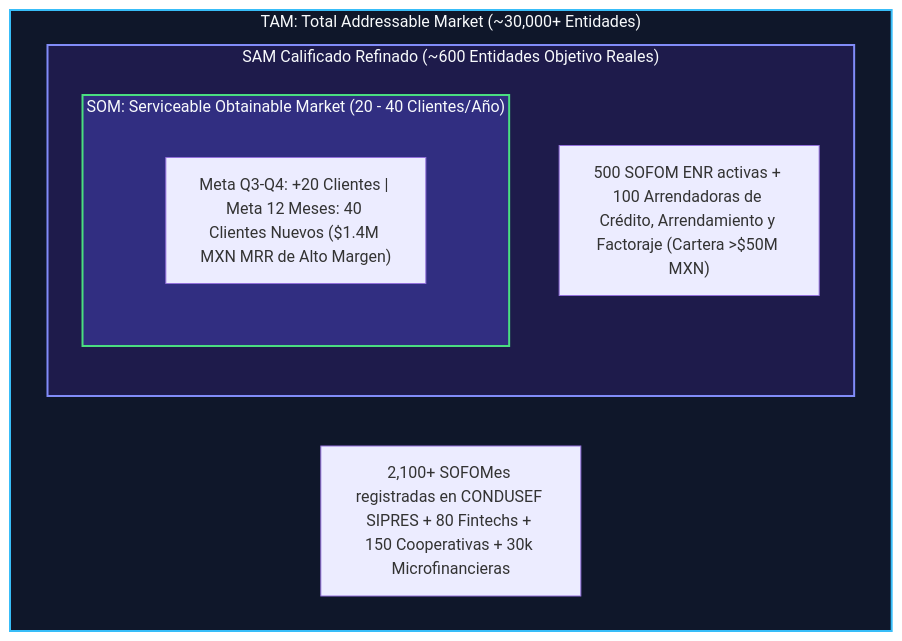
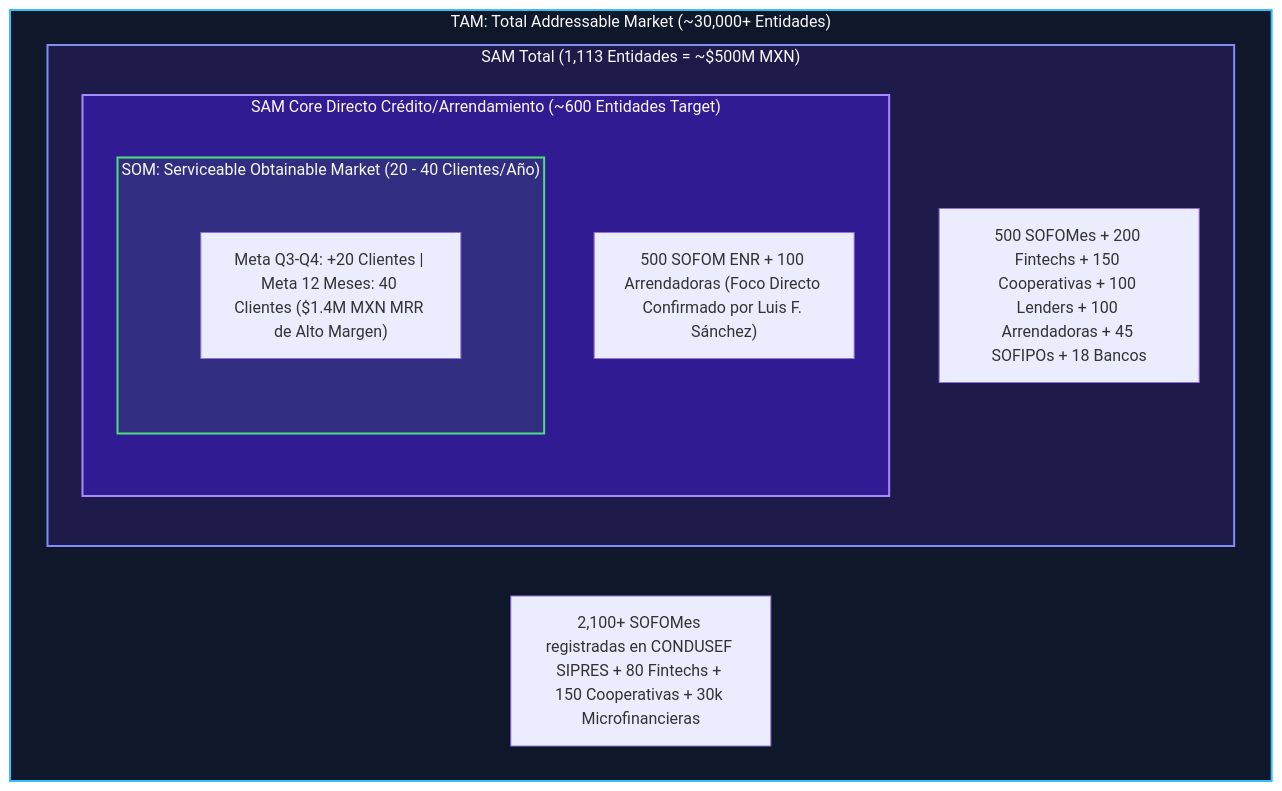
One commit to agutierrez11/intelligential.tech changed the diagram in BUSINESS_CASE_INTELLIGENTIAL.md. Above: the diagram before and after it, drawn with Mermaid. The commit also changed other lines of this file, not shown here.

Commit message:
feat(sam): restore complete business case sections and add full SAM market breakdown table matching  MXN industry slide

````diff
--- a/BUSINESS_CASE_INTELLIGENTIAL.md
+++ b/BUSINESS_CASE_INTELLIGENTIAL.md
@@ -61,17 +134,22 @@
 ```mermaid
 graph TD
     subgraph TAM ["TAM: Total Addressable Market (~30,000+ Entidades)"]
         style TAM fill:#0F172A,stroke:#38BDF8,stroke-width:2px,color:#F8FAFC
         TAM_DESC["2,100+ SOFOMes registradas en CONDUSEF SIPRES + 80 Fintechs + 150 Cooperativas + 30k Microfinancieras"]
         
-        subgraph SAM ["SAM Calificado Refinado (~600 Entidades Objetivo Reales)"]
+        subgraph SAM ["SAM Total (1,113 Entidades = ~$500M MXN)"]
             style SAM fill:#1E1B4B,stroke:#818CF8,stroke-width:2px,color:#F8FAFC
-            SAM_DESC["500 SOFOM ENR activas + 100 Arrendadoras de Crédito, Arrendamiento y Factoraje (Cartera >$50M MXN)"]
+            SAM_DESC["500 SOFOMes + 200 Fintechs + 150 Cooperativas + 100 Lenders + 100 Arrendadoras + 45 SOFIPOs + 18 Bancos"]
             
-            subgraph SOM ["SOM: Serviceable Obtainable Market (20 - 40 Clientes/Año)"]
-                style SOM fill:#312E81,stroke:#4ADE80,stroke-width:2px,color:#F8FAFC
-                SOM_DESC["Meta Q3-Q4: +20 Clientes | Meta 12 Meses: 40 Clientes Nuevos ($1.4M MXN MRR de Alto Margen)"]
+            subgraph SAM_CORE ["SAM Core Directo Crédito/Arrendamiento (~600 Entidades Target)"]
+                style SAM_CORE fill:#311B92,stroke:#A78BFA,stroke-width:2px,color:#F8FAFC
+                SAM_CORE_DESC["500 SOFOM ENR + 100 Arrendadoras (Foco Directo Confirmado por Luis F. Sánchez)"]
+                
+                subgraph SOM ["SOM: Serviceable Obtainable Market (20 - 40 Clientes/Año)"]
+                    style SOM fill:#312E81,stroke:#4ADE80,stroke-width:2px,color:#F8FAFC
+                    SOM_DESC["Meta Q3-Q4: +20 Clientes | Meta 12 Meses: 40 Clientes ($1.4M MXN MRR de Alto Margen)"]
+                end
             end
         end
     end
 ```
````
